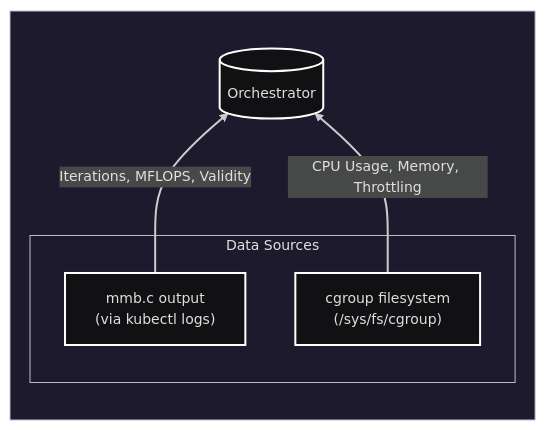
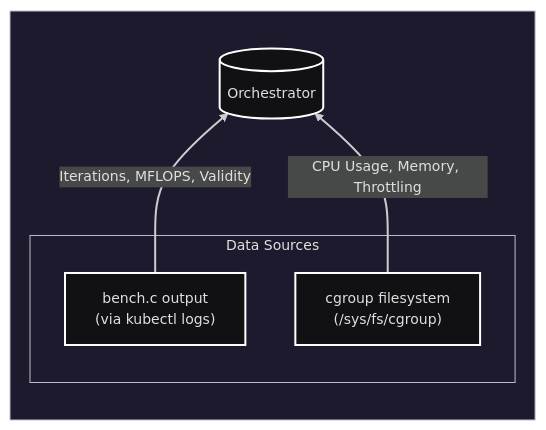
Before and after one commit to petrosbal/krater: the second of 3 diagrams in README.md, drawn with Mermaid. The commit also changed other lines of this file and 6 other files, not shown here.

First line of the commit message:
rename project from MMB to KRATER, mmb.c to bench.c

````diff
--- a/README.md
+++ b/README.md
@@ -163,21 +166,21 @@
 ```mermaid
 ---
 config:
   look: classic
   theme: redux-dark
 ---
 flowchart TB
  subgraph DataSources["Data Sources"]
-        PodLogs["mmb.c output 
+        PodLogs["bench.c output 
         (via kubectl logs)"]
         Cgroups["cgroup filesystem 
         (/sys/fs/cgroup)"]
   end
  subgraph Host[" "]
   direction BT
         Orchestrator[("Orchestrator")]
         DataSources
   end
     PodLogs -- Iterations, MFLOPS, Validity --> Orchestrator
     Cgroups -- CPU Usage, Memory, Throttling --> Orchestrator
 ```
````
